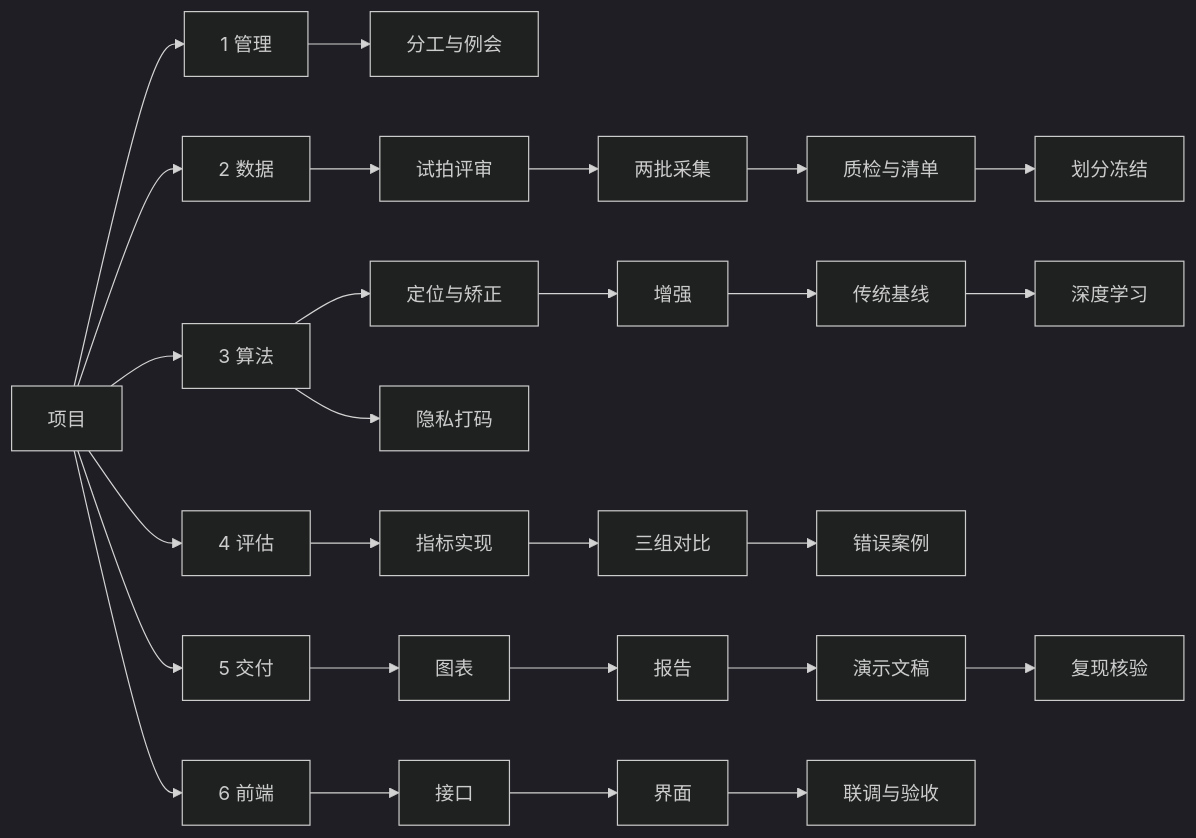
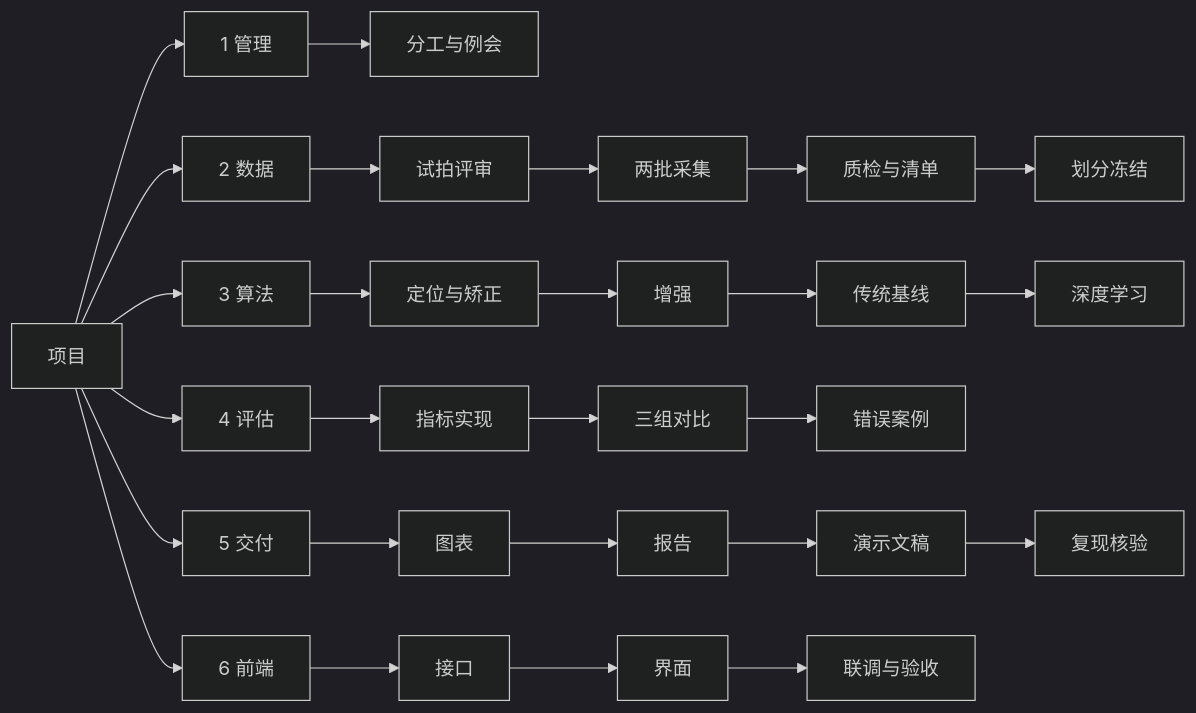
One commit to LosproeOcl/wut-ml-task06-doc-normalizer changed the diagram in docs/05-项目计划与分工.md. Above: the diagram before and after it, drawn with Mermaid (dark theme). The commit also changed other lines of this file and 18 other files, not shown here.

````diff
--- a/docs/05-项目计划与分工.md
+++ b/docs/05-项目计划与分工.md
@@ -24,16 +24,15 @@
 ```mermaid
 flowchart LR
     P[项目] --> A[1 管理]
     P --> B[2 数据]
     P --> C[3 算法]
     P --> D[4 评估]
     P --> E[5 交付]
     A --> A1[分工与例会]
     B --> B1[试拍评审] --> B2[两批采集] --> B3[质检与清单] --> B4[划分冻结]
     C --> C1[定位与矫正] --> C2[增强] --> C3[传统基线] --> C4[深度学习]
-    C --> C5[隐私打码]
     D --> D1[指标实现] --> D2[三组对比] --> D3[错误案例]
     E --> E1[图表] --> E2[报告] --> E3[演示文稿] --> E4[复现核验]
     P --> F[6 前端]
     F --> F1[接口] --> F2[界面] --> F3[联调与验收]
 ```
````
